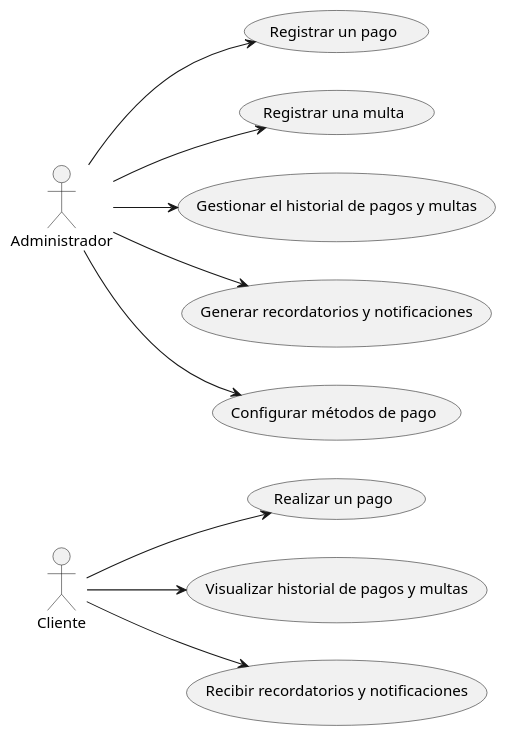
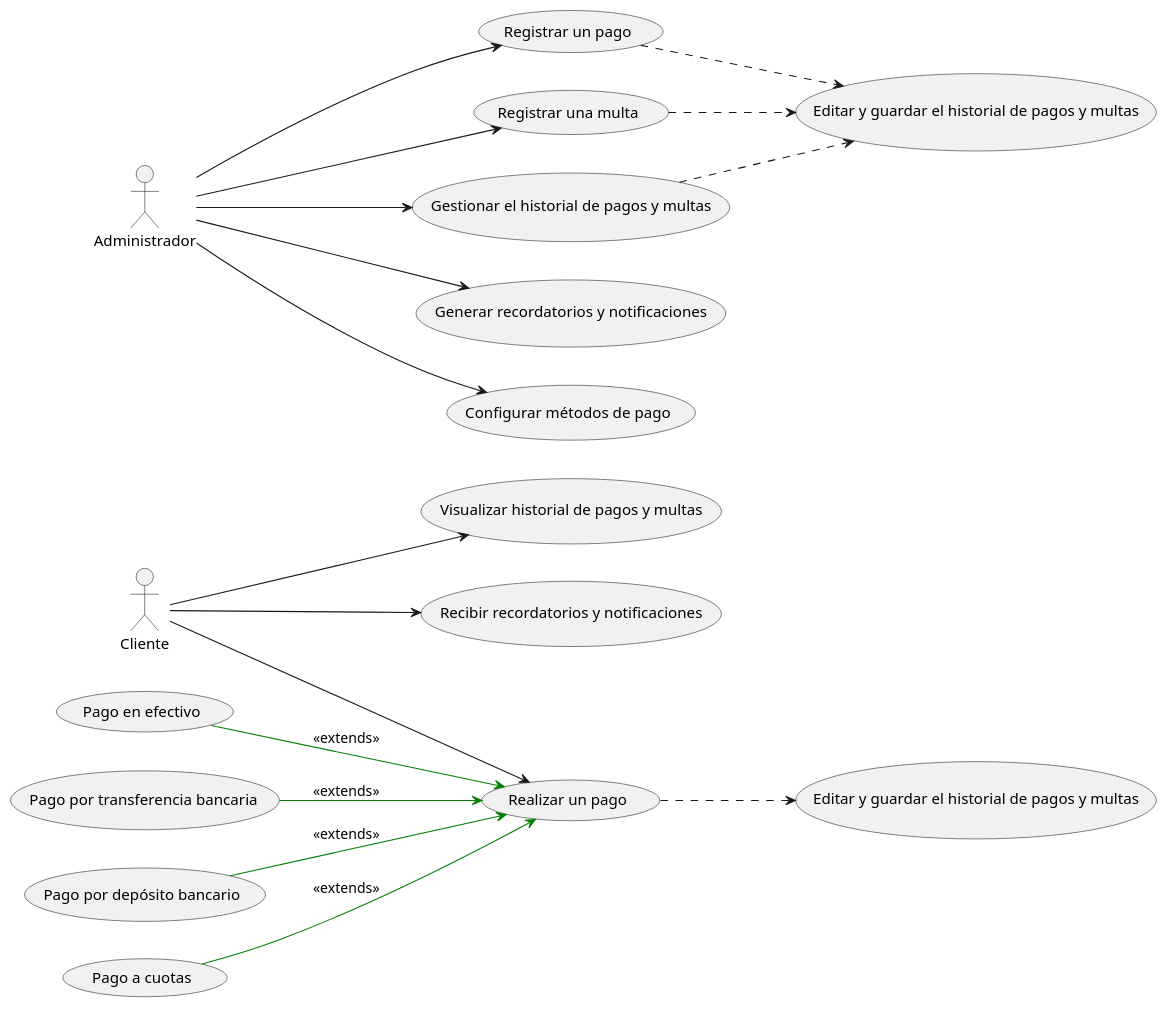
Before and after one commit to richardriverag/ProyectoDiseno24B: the diagram in Diagramas/CasosDeUso_GrupoA_Pagos_Finanzas/CasosDeUso.puml, drawn with PlantUML. The commit also changed 2 other files, not shown here.

Commit message:
Docs(payments_finance): Add new usecase from group A

```diff
--- a/Diagramas/CasosDeUso_GrupoA_Pagos_Finanzas/CasosDeUso.puml
+++ b/Diagramas/CasosDeUso_GrupoA_Pagos_Finanzas/CasosDeUso.puml
@@ -1,24 +1,46 @@
 @startuml
 left to right direction
 actor Cliente as C
-actor Administrador as A
+Actor Administrador as A
 
+
+usecase "Realizar un pago" as UC1
+usecase "Editar y guardar el historial de pagos y multas" as guardar
+usecase "Pago en efectivo" as UC1_1
+usecase "Pago por transferencia bancaria" as UC1_2
+usecase "Pago por depósito bancario" as UC1_3
+usecase "Pago a cuotas" as UC1_4
 usecase "Realizar un pago" as UC1
 usecase "Visualizar historial de pagos y multas" as UC2
 usecase "Recibir recordatorios y notificaciones" as UC3
+
+
 usecase "Registrar un pago" as UC4
 usecase "Registrar una multa" as UC5
 usecase "Gestionar el historial de pagos y multas" as UC6
+usecase "Editar y guardar el historial de pagos y multas" as UC6_1
 usecase "Generar recordatorios y notificaciones" as UC7
 usecase "Configurar métodos de pago" as UC8
 
+
+
 C --> UC1
+UC1 ..> guardar
+UC1_1 -[#green]-> UC1 : <<extends>>
+UC1_2 -[#green]-> UC1 : <<extends>>
+UC1_3 -[#green]-> UC1 : <<extends>>
+UC1_4 -[#green]-> UC1 : <<extends>>
+
+
 C --> UC2
 C --> UC3
 
 A --> UC4
+UC4 ..> UC6_1
 A --> UC5
+UC5 ..> UC6_1
 A --> UC6
+UC6 ..> UC6_1
 A --> UC7
 A --> UC8
 @enduml
```
